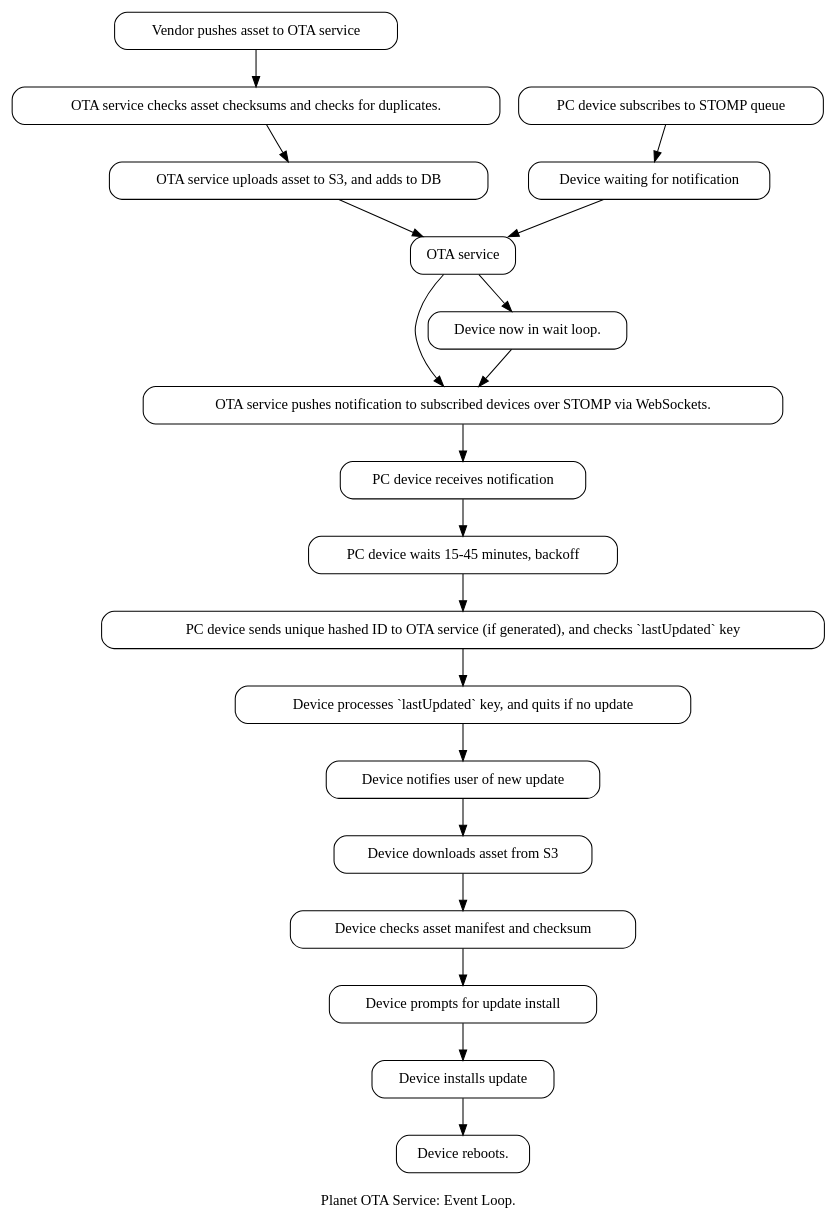
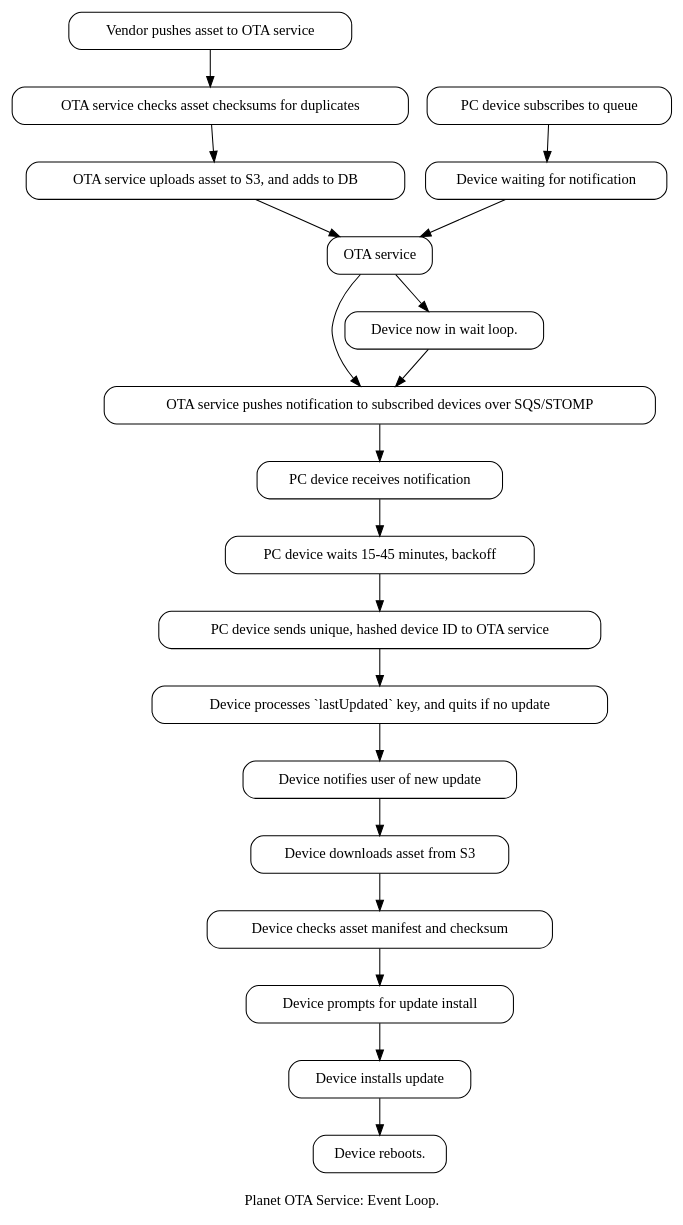
Before and after one commit to planet-community/planet_ota: the diagram in diagrams/planet_ota_service_procedure.gv, drawn with Graphviz.

Commit message:
docs(diagram): Update diagram GV

```diff
--- a/diagrams/planet_ota_service_procedure.gv
+++ b/diagrams/planet_ota_service_procedure.gv
@@ -1,36 +1,36 @@
 digraph PlanetOtaUpdateEventLoop {
     label = "\nPlanet OTA Service: Event Loop.";
     node [shape=box, style=rounded];
 
     vendor_push [label = "Vendor pushes asset to OTA service"];
-    ota_check_before_process [label = "OTA service checks asset checksums and checks for duplicates."];
+    ota_check_before_process [label = "OTA service checks asset checksums for duplicates"];
     ota_process [label = "OTA service uploads asset to S3, and adds to DB"];
-    ota_notify [label = "OTA service pushes notification to subscribed devices over STOMP via WebSockets."]
+    ota_notify [label = "OTA service pushes notification to subscribed devices over SQS/STOMP"]
     ota_service [label = "OTA service"];
 
     vendor_push->ota_check_before_process->ota_process->ota_service;
     ota_service->ota_notify;
 
-    device_enter [label = "PC device subscribes to STOMP queue"];
+    device_enter [label = "PC device subscribes to queue"];
     device_wait [label = "Device waiting for notification"]
     device_in_loop [label = "Device now in wait loop."];
     device_receive_notify [label = "PC device receives notification"];
     device_wait_backoff [label = "PC device waits 15-45 minutes, backoff"];
-    device_sends_meta [label = "PC device sends unique hashed ID to OTA service (if generated), and checks `lastUpdated` key"];
+    device_sends_id [label = "PC device sends unique, hashed device ID to OTA service"];
     device_process_listing [label = "Device processes `lastUpdated` key, and quits if no update"]
     
     device_enter->device_wait->ota_service->device_in_loop->ota_notify;
     ota_notify->device_receive_notify;
-    device_receive_notify->device_wait_backoff->device_sends_meta->device_process_listing;
-    
+    device_receive_notify->device_wait_backoff->device_sends_id->device_process_listing;
+   
     device_notifies_user [label = "Device notifies user of new update"];
     device_dl_from_s3 [label = "Device downloads asset from S3"];
     device_checks_checksum [label = "Device checks asset manifest and checksum"];
     device_prompts_for_install [label = "Device prompts for update install"];
     device_install_update [label = "Device installs update"];
     device_reboot [label = "Device reboots."]
 
     device_process_listing->device_notifies_user;
     device_notifies_user->device_dl_from_s3->device_checks_checksum;
     device_checks_checksum->device_prompts_for_install->device_install_update->device_reboot;
 }
```
